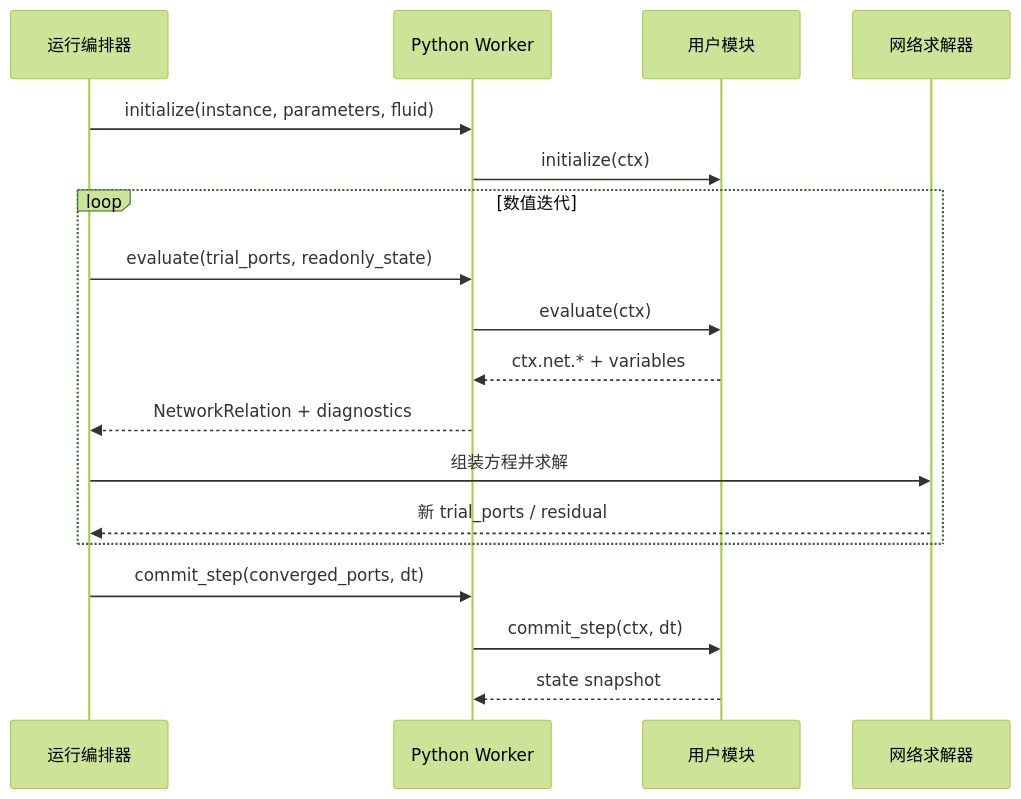
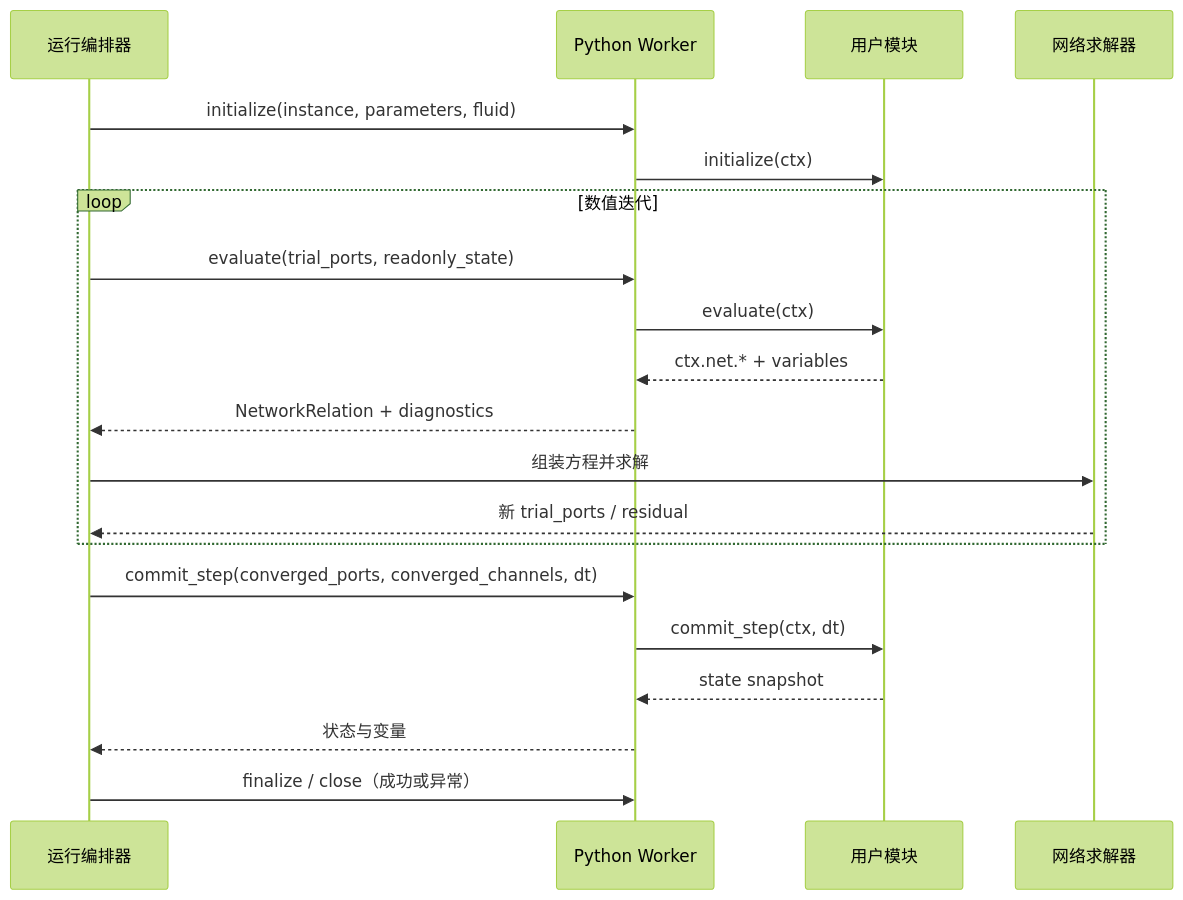
The second of 3 diagrams in fluidnet-prototype-engine/docs/ARCHITECTURE.md (kongbaifan/fluidnet), drawn with Mermaid (forest theme) before and after one commit. The commit also changed other lines of this file and 27 other files, not shown here.

````diff
--- a/fluidnet-prototype-engine/docs/ARCHITECTURE.md
+++ b/fluidnet-prototype-engine/docs/ARCHITECTURE.md
@@ -60,20 +61,22 @@
 ```mermaid
 sequenceDiagram
   participant O as 运行编排器
   participant W as Python Worker
   participant M as 用户模块
   participant N as 网络求解器
   O->>W: initialize(instance, parameters, fluid)
   W->>M: initialize(ctx)
   loop 数值迭代
     O->>W: evaluate(trial_ports, readonly_state)
     W->>M: evaluate(ctx)
     M-->>W: ctx.net.* + variables
     W-->>O: NetworkRelation + diagnostics
     O->>N: 组装方程并求解
     N-->>O: 新 trial_ports / residual
   end
-  O->>W: commit_step(converged_ports, dt)
+  O->>W: commit_step(converged_ports, converged_channels, dt)
   W->>M: commit_step(ctx, dt)
   M-->>W: state snapshot
+  W-->>O: 状态与变量
+  O->>W: finalize / close（成功或异常）
 ```
````
